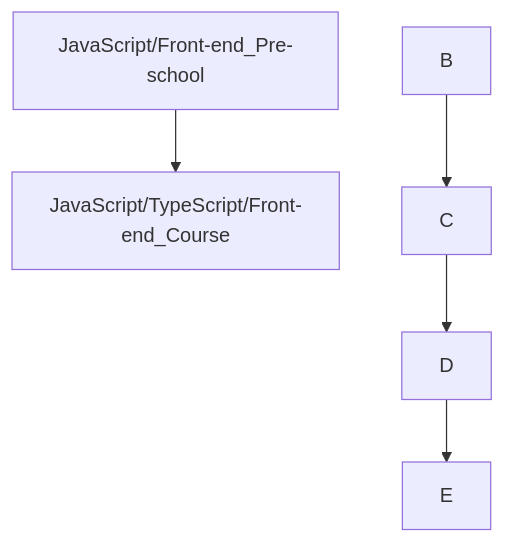
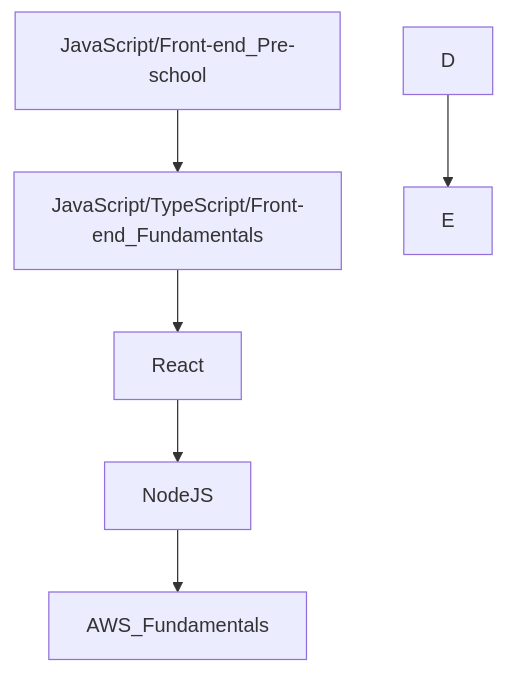
One commit to webdevelopedu/rsschool-cv changed the diagram in README.md. Above: the diagram before and after it, drawn with Mermaid.

````diff
--- a/README.md
+++ b/README.md
@@ -26,7 +26,8 @@
 ```mermaid
 graph TD;
-    JavaScript/Front-end_Pre-school-->JavaScript/TypeScript/Front-end_Course;
-    B-->C;
-    C-->D;
+    JavaScript/Front-end_Pre-school-->JavaScript/TypeScript/Front-end_Fundamentals;
+    JavaScript/TypeScript/Front-end_Fundamentals-->React;
+    React-->NodeJS;
+    NodeJS-->AWS_Fundamentals;
     D-->E;
 ```
````
